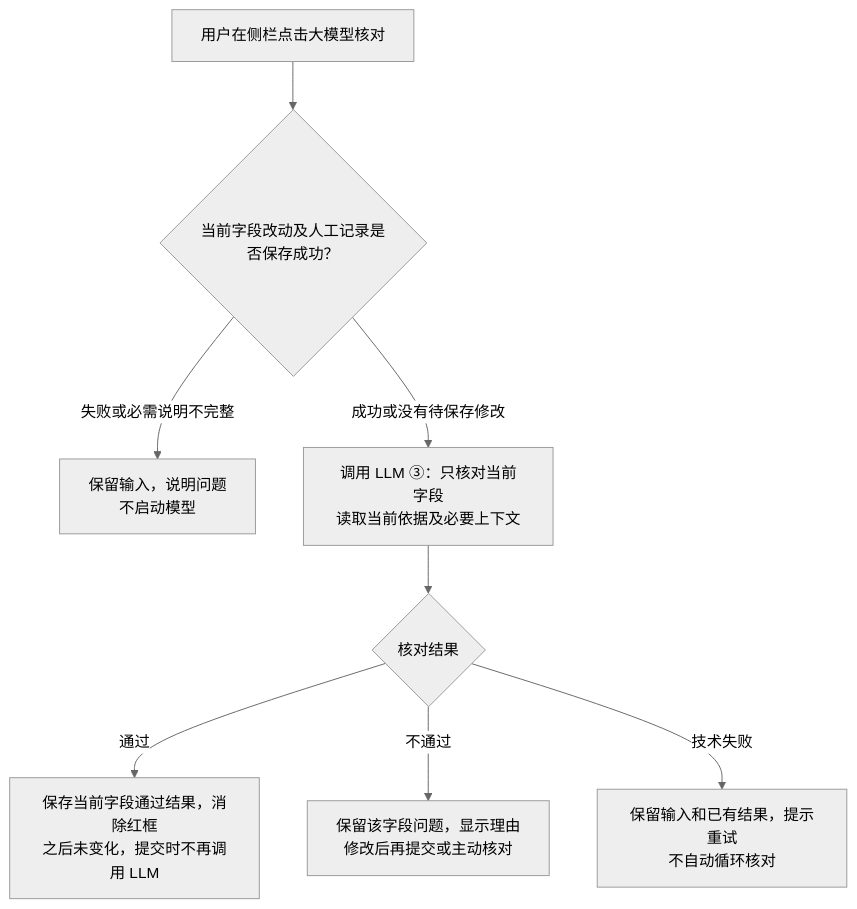
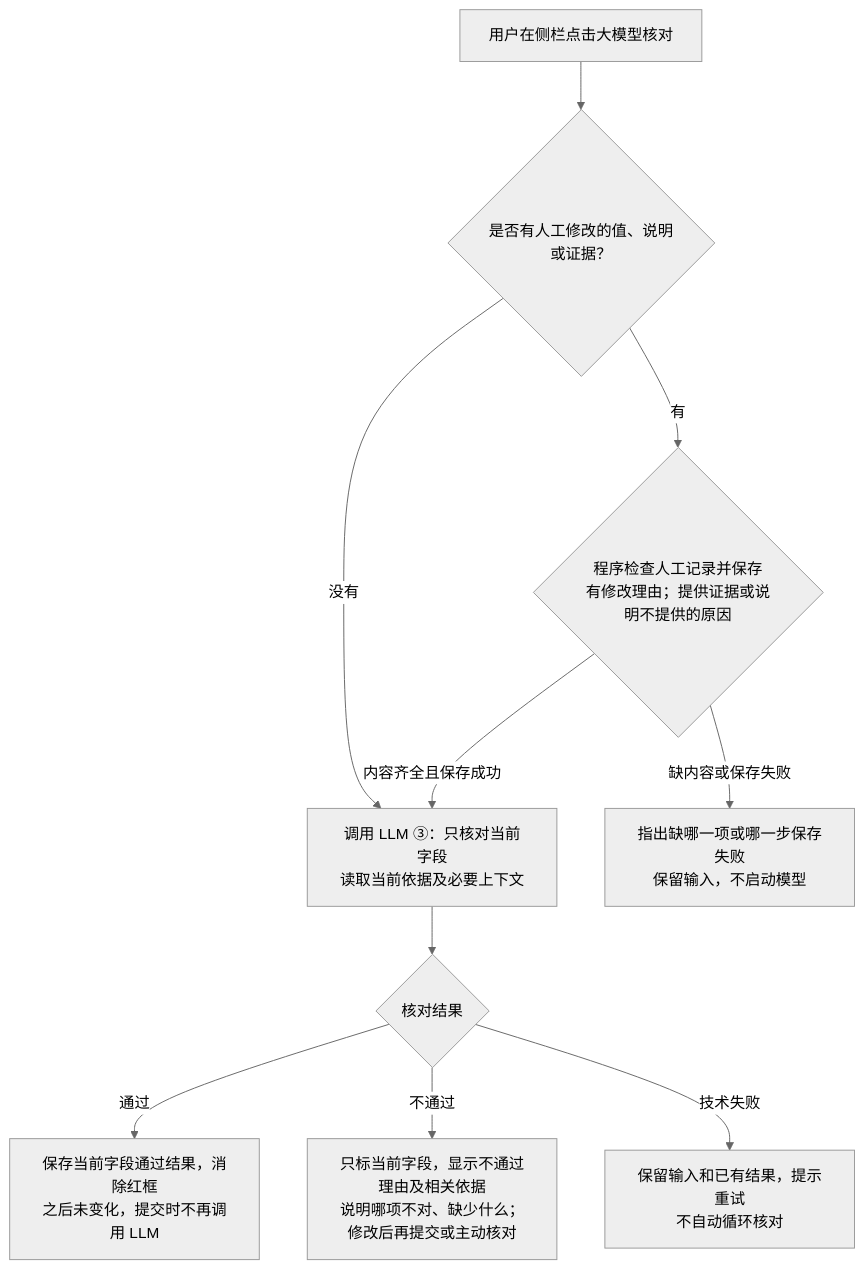
The third of 3 diagrams in docs/specs/147-two-stage-field-review/review-flow.md (JLU-ICCMS-MaYuan/SC-Wiki), drawn with Mermaid (neutral theme) before and after one commit. The commit also changed other lines of this file and 10 other files, not shown here.

````diff
--- a/docs/specs/147-two-stage-field-review/review-flow.md
+++ b/docs/specs/147-two-stage-field-review/review-flow.md
@@ -66,10 +81,12 @@
 ```mermaid
 flowchart TD
-    A[用户在侧栏点击大模型核对] --> S{当前字段改动及人工记录是否保存成功？}
-    S -->|失败或必需说明不完整| E[保留输入，说明问题<br/>不启动模型]
-    S -->|成功或没有待保存修改| L3[调用 LLM ③：只核对当前字段<br/>读取当前依据及必要上下文]
+    A[用户在侧栏点击大模型核对] --> CHANGED{是否有人工修改的值、说明或证据？}
+    CHANGED -->|没有| L3[调用 LLM ③：只核对当前字段<br/>读取当前依据及必要上下文]
+    CHANGED -->|有| S{程序检查人工记录并保存<br/>有修改理由；提供证据或说明不提供的原因}
+    S -->|缺内容或保存失败| E[指出缺哪一项或哪一步保存失败<br/>保留输入，不启动模型]
+    S -->|内容齐全且保存成功| L3
     L3 --> R{核对结果}
     R -->|通过| P[保存当前字段通过结果，消除红框<br/>之后未变化，提交时不再调用 LLM]
-    R -->|不通过| F[保留该字段问题，显示理由<br/>修改后再提交或主动核对]
+    R -->|不通过| F[只标当前字段，显示不通过理由及相关依据<br/>说明哪项不对、缺少什么；修改后再提交或主动核对]
     R -->|技术失败| T[保留输入和已有结果，提示重试<br/>不自动循环核对]
 ```
````
